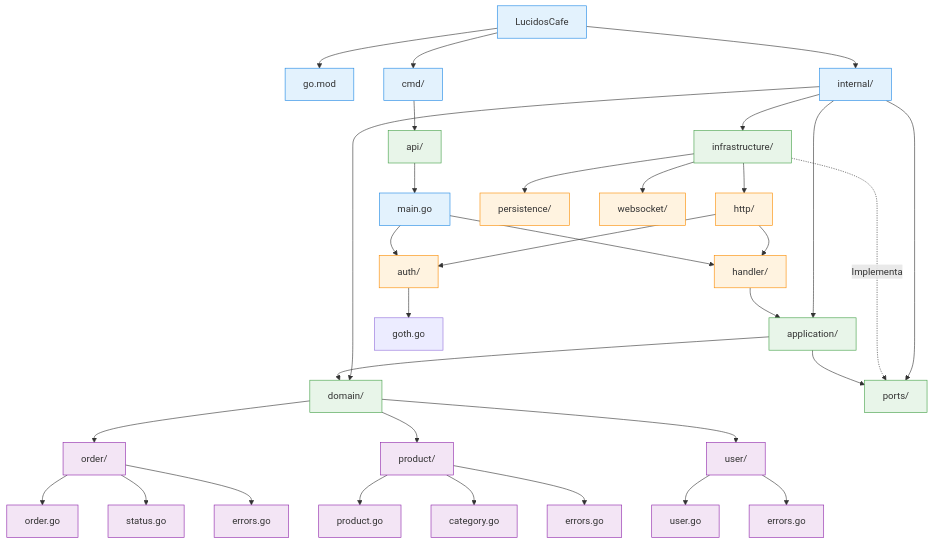
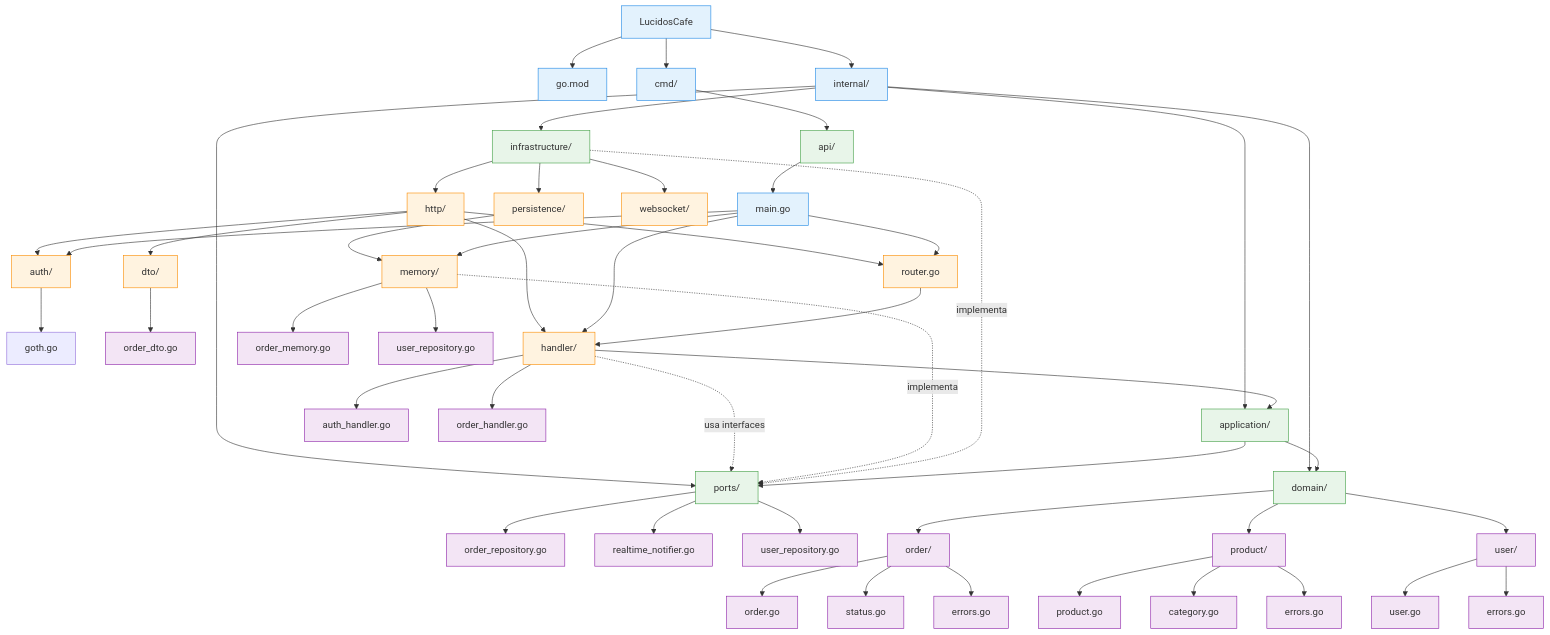
Before and after one commit to Ivhanfc/Lucidos_Cafe: the diagram in README.md, drawn with Mermaid.

Commit message:
feat: implement handler and routers

````diff
--- a/README.md
+++ b/README.md
@@ -1,56 +1,73 @@
 ```mermaid
 flowchart TD
     root["LucidosCafe"]
     root --> go["go.mod"]
     root --> cmd["cmd/"]
     root --> internal["internal/"]
 
     cmd --> api["api/"]
     api --> main["main.go"]
 
     internal --> app["application/"]
     internal --> domain["domain/"]
     internal --> ports["ports/"]
     internal --> infrastructure["infrastructure/"]
 
     infrastructure --> http["http/"]
     infrastructure --> persistence["persistence/"]
     infrastructure --> websocket["websocket/"]
 
+    http --> router["router.go"]
     http --> authFolder["auth/"]
     authFolder --> goth["goth.go"]
+    http --> dtoFolder["dto/"]
+    dtoFolder --> orderDto["order_dto.go"]
     http --> handlerFolder["handler/"]
+    handlerFolder --> authHandler["auth_handler.go"]
+    handlerFolder --> orderHandler["order_handler.go"]
+
+    persistence --> memoryFolder["memory/"]
+    memoryFolder --> orderMemory["order_memory.go"]
+    memoryFolder --> userMemory["user_repository.go"]
+
+    ports --> orderRepositoryPort["order_repository.go"]
+    ports --> notifierPort["realtime_notifier.go"]
+    ports --> userRepositoryPort["user_repository.go"]
 
     domain --> order["order/"]
     order --> orderGo["order.go"]
     order --> orderStatus["status.go"]
     order --> orderErr["errors.go"]
 
     domain --> product["product/"]
     product --> productGo["product.go"]
     product --> categoryGo["category.go"]
     product --> productErr["errors.go"]
 
     domain --> user["user/"]
     user --> userGo["user.go"]
     user --> userErr["errors.go"]
 
-    %% Flujo de Inyección de Dependencias
+    %% Flujo de inyección y dependencias
     main --> authFolder
     main --> handlerFolder
+    main --> memoryFolder
+    main --> router
+    router --> handlerFolder
     handlerFolder --> app
+    handlerFolder -. usa interfaces .-> ports
+    memoryFolder -. implementa .-> ports
     app --> domain
-    infrastructure -. Implementa .-> ports
+    infrastructure -. implementa .-> ports
     app --> ports
 
     classDef entry fill:#e3f2fd,stroke:#1e88e5,stroke-width:1px;
     classDef layer fill:#e8f5e9,stroke:#43a047,stroke-width:1px;
     classDef infra fill:#fff3e0,stroke:#fb8c00,stroke-width:1px;
     classDef domain fill:#f3e5f5,stroke:#8e24aa,stroke-width:1px;
 
     class root,main,go,cmd,internal entry;
     class api,app,domain,ports,infrastructure layer;
-    class http,persistence,websocket,authFolder,handlerFolder infra;
-    class order,product,user,orderGo,orderStatus,orderErr,productGo,categoryGo,productErr,userGo,userErr domain;
-    
+    class http,persistence,websocket,authFolder,dtoFolder,handlerFolder,memoryFolder,router infra;
+    class order,product,user,orderGo,orderStatus,orderErr,productGo,categoryGo,productErr,userGo,userErr,orderDto,authHandler,orderHandler,orderMemory,userMemory,orderRepositoryPort,notifierPort,userRepositoryPort domain;
 ```
````
